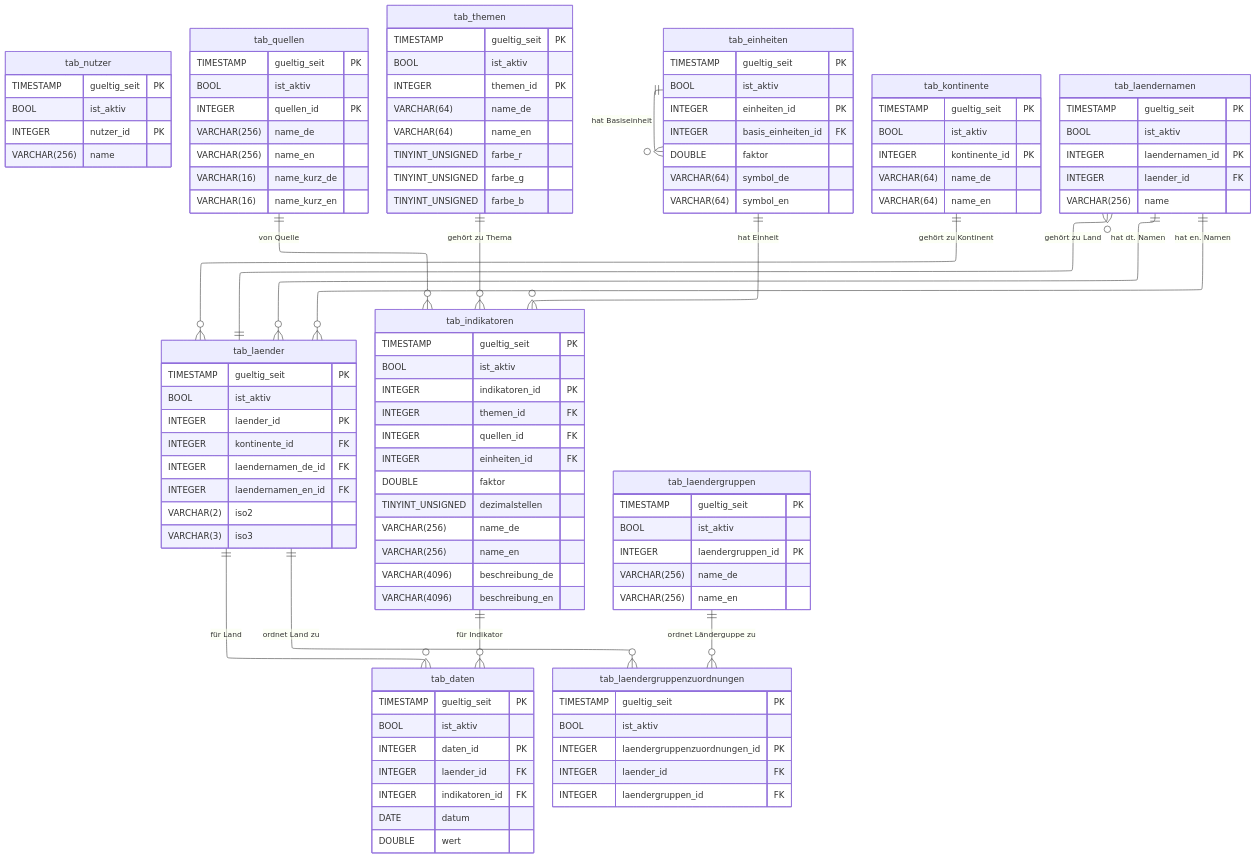
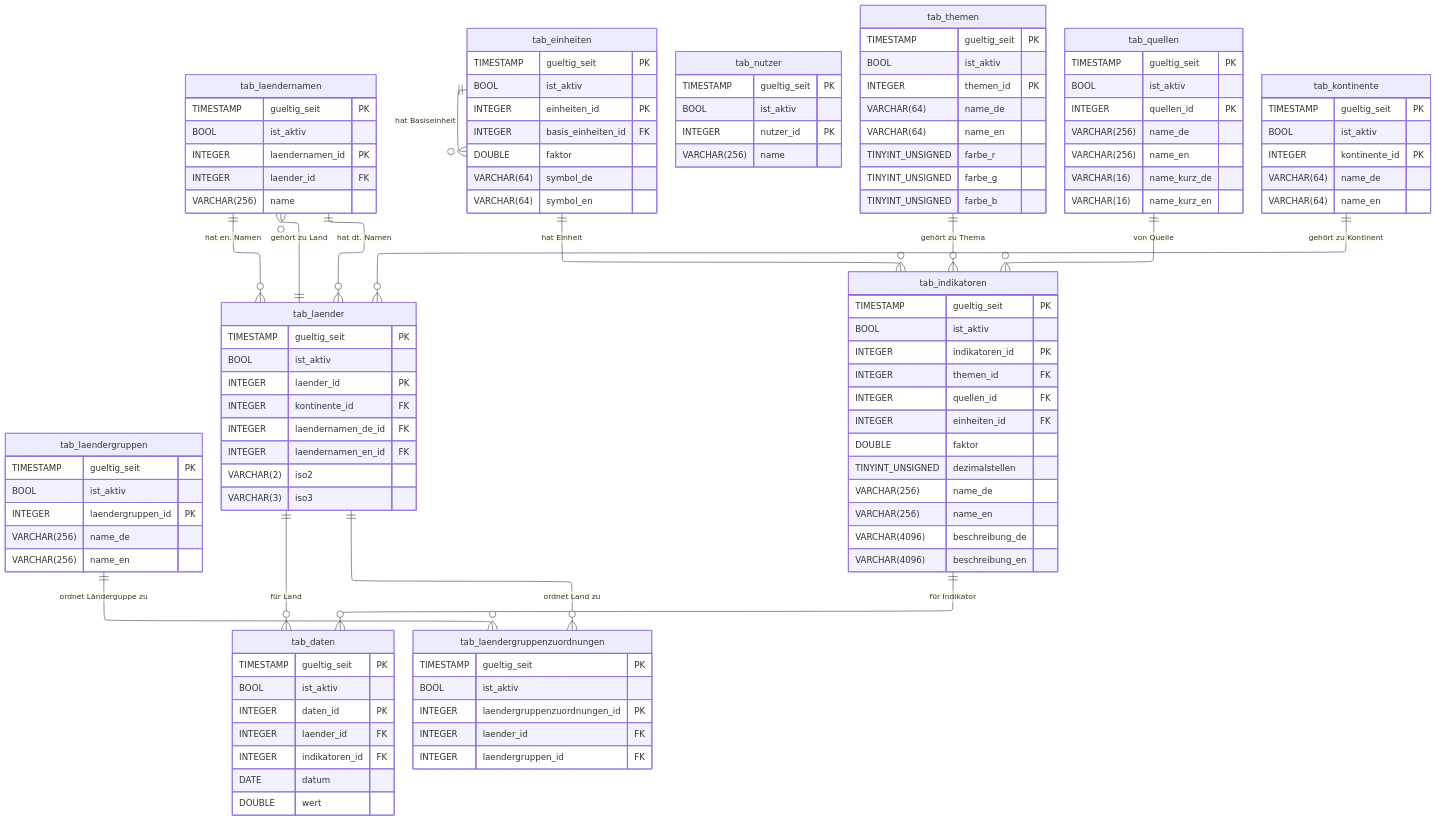
One commit to CR1337/intstat-redesign changed the first of 2 diagrams in doc/documentation.md. Above: the diagram before and after it, drawn with Mermaid. The commit also changed other lines of this file and 4 other files, not shown here.

````diff
--- a/doc/documentation.md
+++ b/doc/documentation.md
@@ -32,6 +32,46 @@
     layout: elk
 ---
 erDiagram
+
+        tab_laendergruppen {
+            TIMESTAMP gueltig_seit PK
+            BOOL ist_aktiv
+            INTEGER laendergruppen_id PK
+
+
+                VARCHAR(256) name_de
+                VARCHAR(256) name_en
+        }
+
+
+
+        tab_laendernamen {
+            TIMESTAMP gueltig_seit PK
+            BOOL ist_aktiv
+            INTEGER laendernamen_id PK
+
+                INTEGER laender_id FK
+
+                VARCHAR(256) name
+        }
+
+            tab_laender ||--o{ tab_laendernamen : "gehört zu Land"
+
+
+        tab_einheiten {
+            TIMESTAMP gueltig_seit PK
+            BOOL ist_aktiv
+            INTEGER einheiten_id PK
+
+                INTEGER basis_einheiten_id FK
+
+                DOUBLE faktor
+                VARCHAR(64) symbol_de
+                VARCHAR(64) symbol_en
+        }
+
+            tab_einheiten ||--o{ tab_einheiten : "hat Basiseinheit"
+
 
         tab_daten {
             TIMESTAMP gueltig_seit PK
@@ -49,32 +89,6 @@
             tab_indikatoren ||--o{ tab_daten : "für Indikator"
 
 
-        tab_laendergruppen {
-            TIMESTAMP gueltig_seit PK
-            BOOL ist_aktiv
-            INTEGER laendergruppen_id PK
-
-
-                VARCHAR(256) name_de
-                VARCHAR(256) name_en
-        }
-
-
-
-        tab_laendergruppenzuordnungen {
-            TIMESTAMP gueltig_seit PK
-            BOOL ist_aktiv
-            INTEGER laendergruppenzuordnungen_id PK
-
-                INTEGER laender_id FK
-                INTEGER laendergruppen_id FK
-
-        }
-
-            tab_laender ||--o{ tab_laendergruppenzuordnungen : "ordnet Land zu"
-            tab_laendergruppen ||--o{ tab_laendergruppenzuordnungen : "ordnet Länderguppe zu"
-
-
         tab_nutzer {
             TIMESTAMP gueltig_seit PK
             BOOL ist_aktiv
@@ -82,20 +96,6 @@
 
 
                 VARCHAR(256) name
-        }
-
-
-
-        tab_quellen {
-            TIMESTAMP gueltig_seit PK
-            BOOL ist_aktiv
-            INTEGER quellen_id PK
-
-
-                VARCHAR(256) name_de
-                VARCHAR(256) name_en
-                VARCHAR(16) name_kurz_de
-                VARCHAR(16) name_kurz_en
         }
 
 
@@ -122,21 +122,6 @@
             tab_einheiten ||--o{ tab_indikatoren : "hat Einheit"
 
 
-        tab_themen {
-            TIMESTAMP gueltig_seit PK
-            BOOL ist_aktiv
-            INTEGER themen_id PK
-
-
-                VARCHAR(64) name_de
-                VARCHAR(64) name_en
-                TINYINT_UNSIGNED farbe_r
-                TINYINT_UNSIGNED farbe_g
-                TINYINT_UNSIGNED farbe_b
-        }
-
-
-
         tab_laender {
             TIMESTAMP gueltig_seit PK
             BOOL ist_aktiv
@@ -155,32 +140,19 @@
             tab_laendernamen ||--o{ tab_laender : "hat en. Namen"
 
 
-        tab_einheiten {
+        tab_themen {
             TIMESTAMP gueltig_seit PK
             BOOL ist_aktiv
-            INTEGER einheiten_id PK
+            INTEGER themen_id PK
 
-                INTEGER basis_einheiten_id FK
 
-                DOUBLE faktor
-                VARCHAR(64) symbol_de
-                VARCHAR(64) symbol_en
+                VARCHAR(64) name_de
+                VARCHAR(64) name_en
+                TINYINT_UNSIGNED farbe_r
+                TINYINT_UNSIGNED farbe_g
+                TINYINT_UNSIGNED farbe_b
         }
 
-            tab_einheiten ||--o{ tab_einheiten : "hat Basiseinheit"
-
-
-        tab_laendernamen {
-            TIMESTAMP gueltig_seit PK
-            BOOL ist_aktiv
-            INTEGER laendernamen_id PK
-
-                INTEGER laender_id FK
-
-                VARCHAR(256) name
-        }
-
-            tab_laender ||--o{ tab_laendernamen : "gehört zu Land"
 
 
         tab_kontinente {
@@ -195,4 +167,32 @@
 
 
 
+        tab_laendergruppenzuordnungen {
+            TIMESTAMP gueltig_seit PK
+            BOOL ist_aktiv
+            INTEGER laendergruppenzuordnungen_id PK
+
+                INTEGER laender_id FK
+                INTEGER laendergruppen_id FK
+
+        }
+
+            tab_laender ||--o{ tab_laendergruppenzuordnungen : "ordnet Land zu"
+            tab_laendergruppen ||--o{ tab_laendergruppenzuordnungen : "ordnet Länderguppe zu"
+
+
+        tab_quellen {
+            TIMESTAMP gueltig_seit PK
+            BOOL ist_aktiv
+            INTEGER quellen_id PK
+
+
+                VARCHAR(256) name_de
+                VARCHAR(256) name_en
+                VARCHAR(16) name_kurz_de
+                VARCHAR(16) name_kurz_en
+        }
+
+
+
 ```
````
